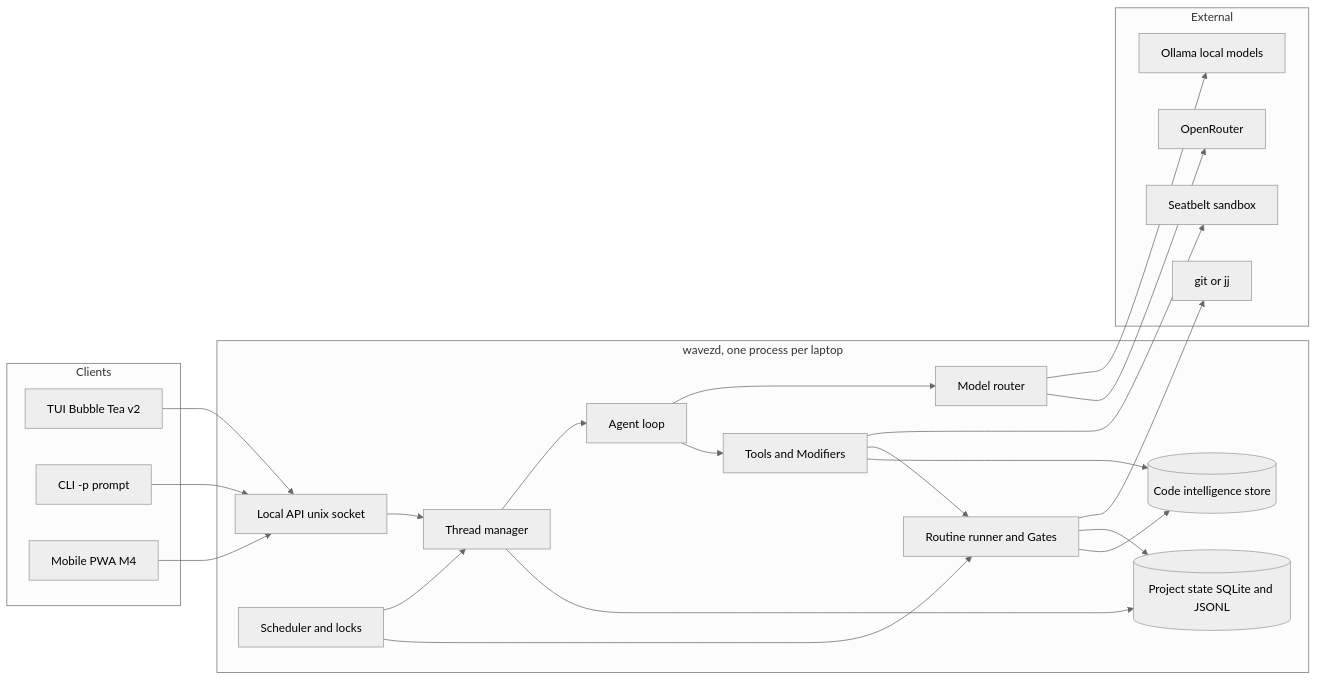
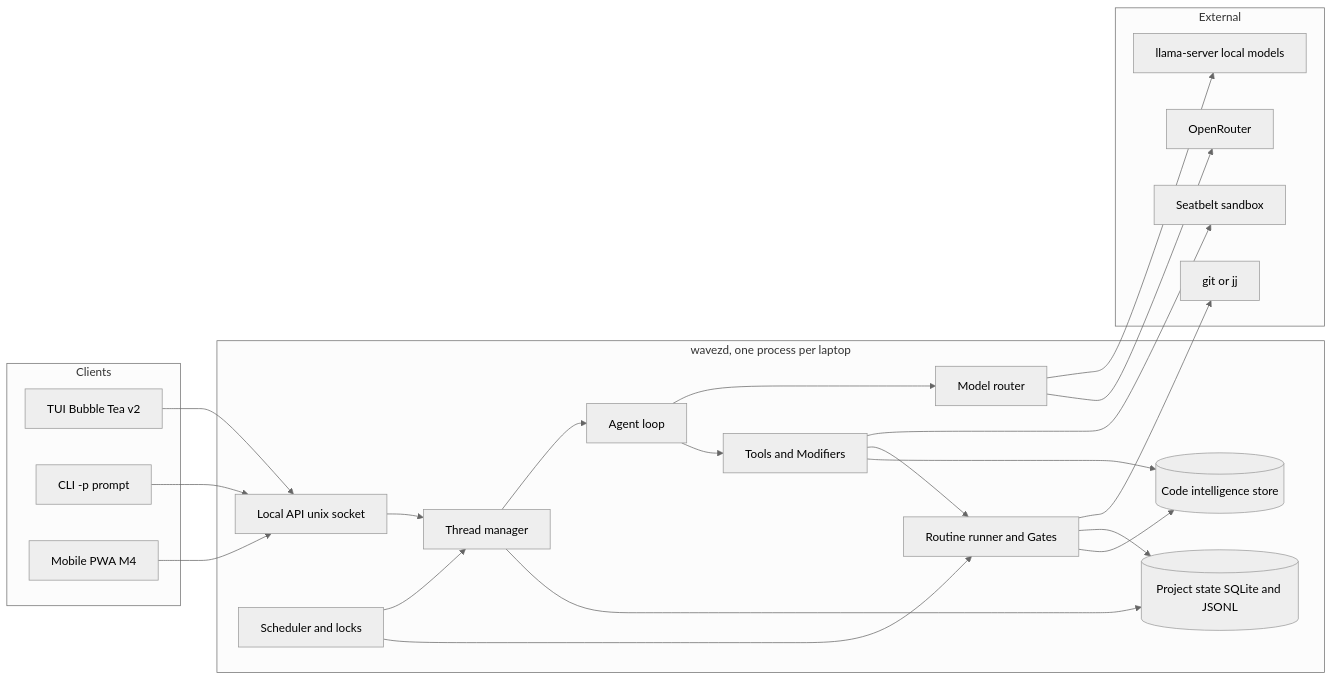
Before and after one commit to KyleKing/wavez: the first of 2 diagrams in DESIGN.md, drawn with Mermaid (neutral theme). The commit also changed other lines of this file and 10 other files, not shown here.

````diff
--- a/DESIGN.md
+++ b/DESIGN.md
@@ -54,43 +55,43 @@
 ```mermaid
 flowchart LR
     subgraph clients [Clients]
         TUI[TUI Bubble Tea v2]
         CLI[CLI -p prompt]
         PWA[Mobile PWA M4]
     end
     subgraph core [wavezd, one process per laptop]
         API[Local API unix socket]
         Threads[Thread manager]
         Sched[Scheduler and locks]
         Loop[Agent loop]
         Router[Model router]
         Tools[Tools and Modifiers]
         Routines[Routine runner and Gates]
         Store[(Project state SQLite and JSONL)]
         Code[(Code intelligence store)]
     end
     subgraph external [External]
-        Local[Ollama local models]
+        Local[llama-server local models]
         OR[OpenRouter]
         Sandbox[Seatbelt sandbox]
         VCS[git or jj]
     end
     TUI --> API
     CLI --> API
     PWA --> API
     API --> Threads
     Threads --> Loop
     Loop --> Router
     Router --> Local
     Router --> OR
     Loop --> Tools
     Tools --> Sandbox
     Tools --> Routines
     Sched --> Threads
     Sched --> Routines
     Routines --> VCS
     Threads --> Store
     Routines --> Store
     Tools --> Code
     Routines --> Code
 ```
````
